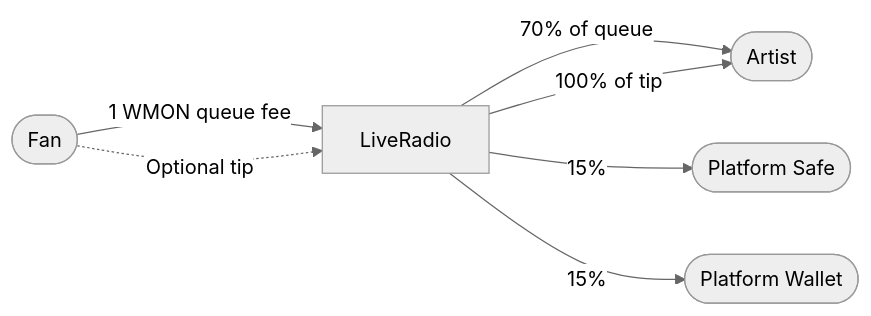
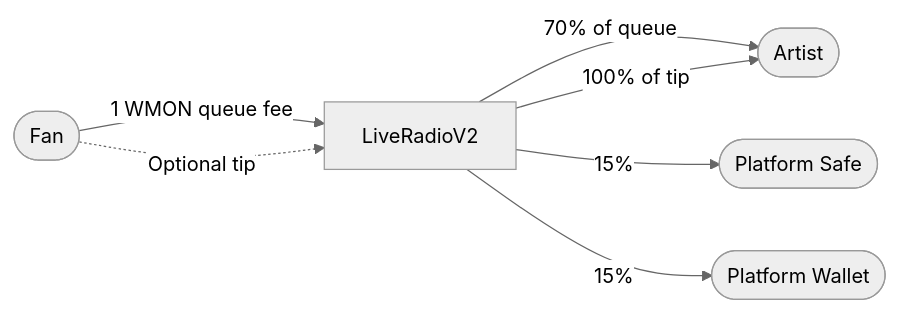
Before and after one commit to EmpowerTours/fcempowertours: the fifth of 12 diagrams in README.md, drawn with Mermaid (neutral theme). The commit also changed other lines of this file, not shown here.

First line of the commit message:
docs: name the radio contract LiveRadioV2 per Monadscan verification

````diff
--- a/README.md
+++ b/README.md
@@ -764,9 +764,9 @@
 ```mermaid
 flowchart LR
-    Fan([Fan]) -->|1 WMON queue fee| Radio[LiveRadio]
+    Fan([Fan]) -->|1 WMON queue fee| Radio[LiveRadioV2]
     Fan -.->|Optional tip| Radio
     Radio -->|70% of queue| Artist([Artist])
     Radio -->|15%| PlatformSafe([Platform Safe])
     Radio -->|15%| PlatformWallet([Platform Wallet])
     Radio -->|100% of tip| Artist
 ```
````
